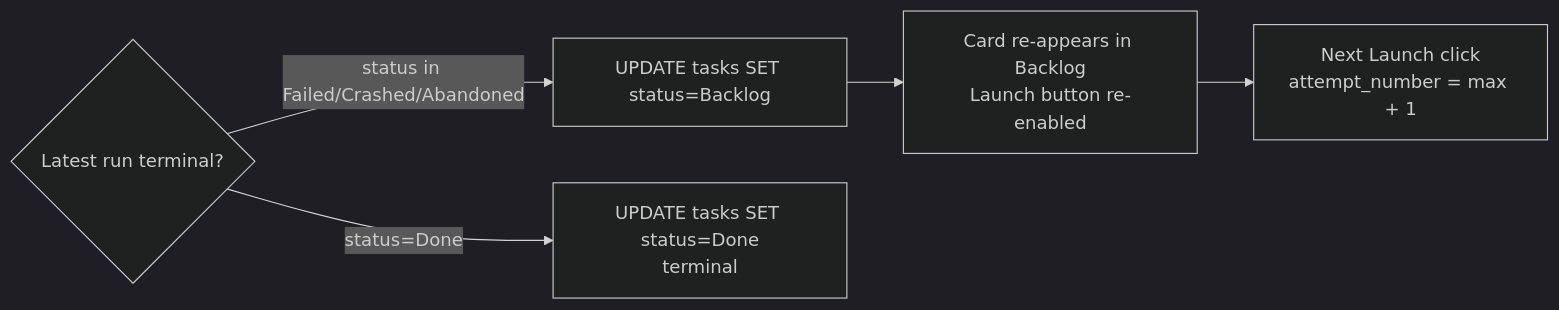
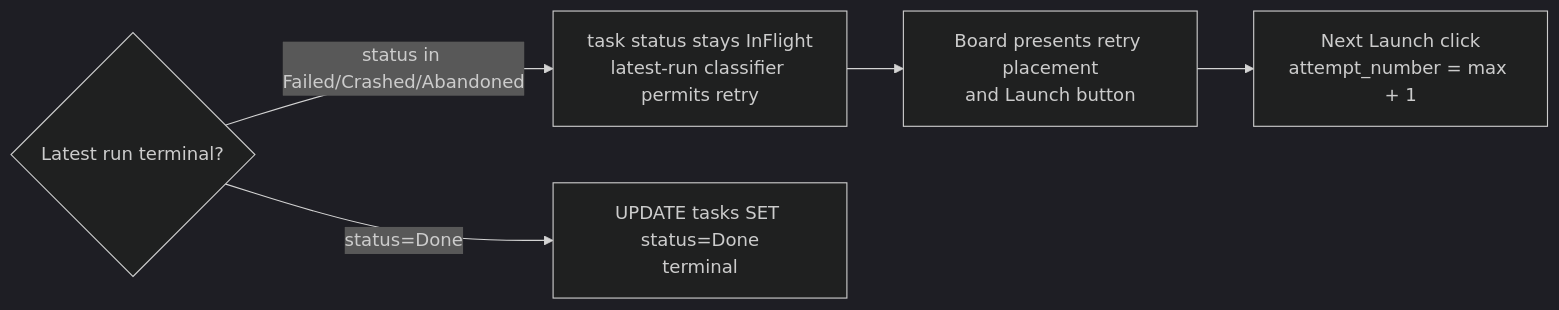
The fifth of 8 diagrams in docs/system-analytics/tasks.md (maister-dev/maister), drawn with Mermaid (dark theme) before and after one commit. The commit also changed other lines of this file and 34 other files, not shown here.

````diff
--- a/docs/system-analytics/tasks.md
+++ b/docs/system-analytics/tasks.md
@@ -192,7 +193,7 @@
 ```mermaid
 flowchart LR
-    Latest{Latest run terminal?} -->|status in <br/>Failed/Crashed/Abandoned| Return[UPDATE tasks SET status=Backlog]
+    Latest{Latest run terminal?} -->|status in <br/>Failed/Crashed/Abandoned| Retry[task status stays InFlight<br/>latest-run classifier permits retry]
     Latest -->|status=Done| Done[UPDATE tasks SET status=Done<br/>terminal]
-    Return --> UI[Card re-appears in Backlog<br/>Launch button re-enabled]
+    Retry --> UI[Board presents retry placement<br/>and Launch button]
     UI --> NextLaunch[Next Launch click<br/>attempt_number = max + 1]
 ```
````
